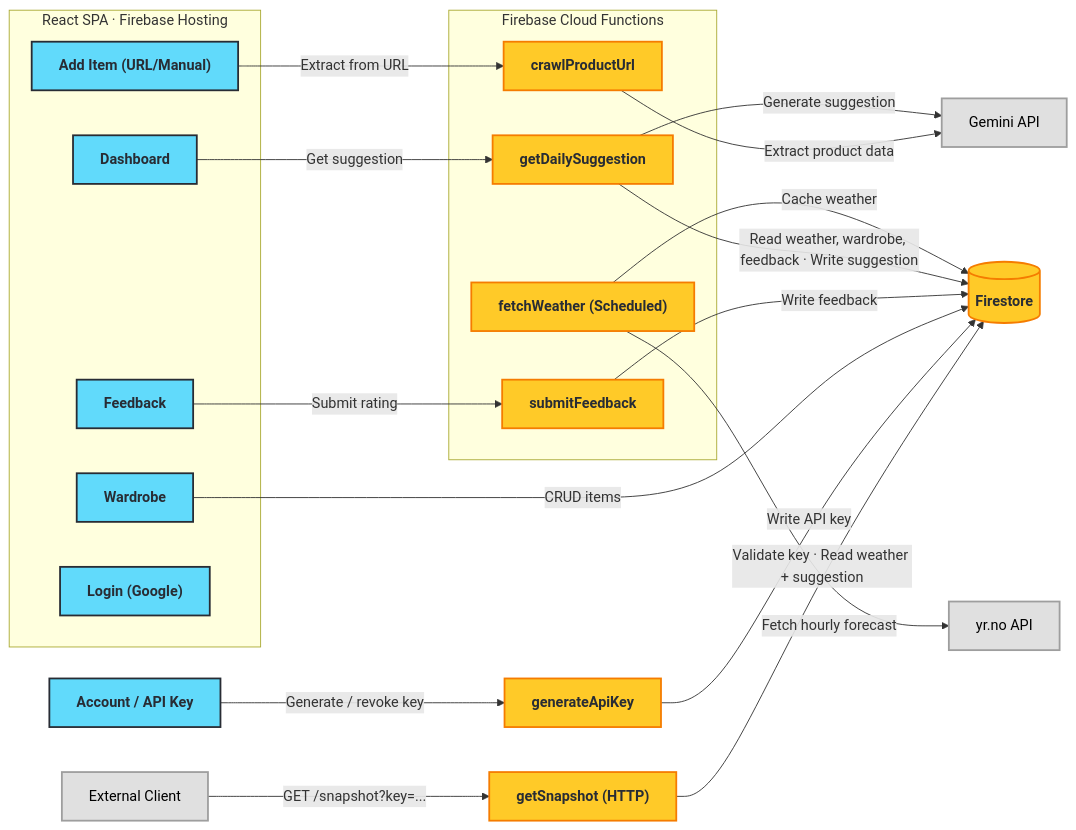
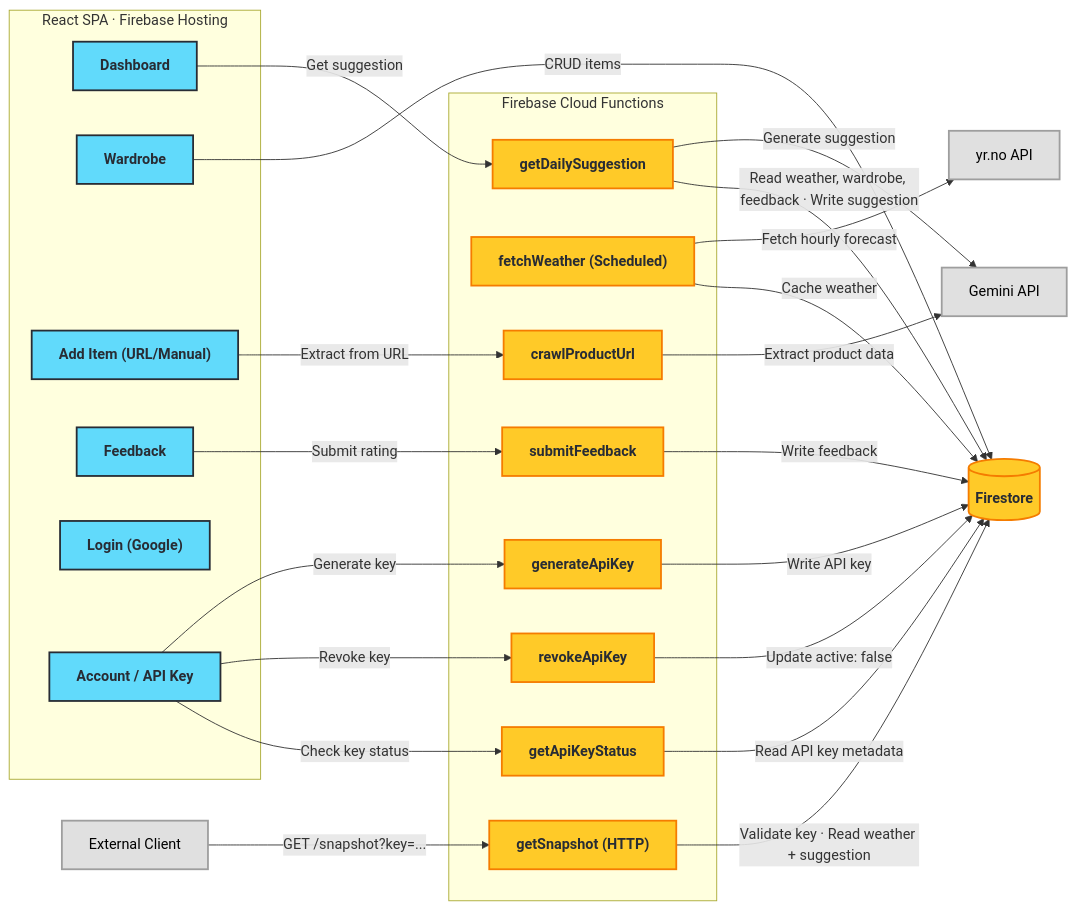
One commit to ashenr/weather-wear changed the diagram in docs/SPEC.md. Above: the diagram before and after it, drawn with Mermaid. The commit also changed other lines of this file, not shown here.

Commit message:
feat: SPEC uopdate - add API key management and Firestore security rules to enhance data protection

````diff
--- a/docs/SPEC.md
+++ b/docs/SPEC.md
@@ -42,54 +42,60 @@
 ```mermaid
 graph LR
     %% Styling
     classDef react fill:#61dafb,stroke:#282c34,stroke-width:2px,color:#282c34,font-weight:bold
     classDef firebase fill:#ffca28,stroke:#f57c00,stroke-width:2px,color:#282c34,font-weight:bold
     classDef external fill:#e0e0e0,stroke:#9e9e9e,stroke-width:2px,color:#000
 
     %% React SPA
     subgraph SPA["React SPA · Firebase Hosting"]
         DB[Dashboard]:::react
         WD[Wardrobe]:::react
         AI["Add Item (URL/Manual)"]:::react
         FB[Feedback]:::react
         LG["Login (Google)"]:::react
+        AK[Account / API Key]:::react
     end
 
     %% Cloud Functions
     subgraph CF[Firebase Cloud Functions]
         GDS[getDailySuggestion]:::firebase
         FW["fetchWeather (Scheduled)"]:::firebase
         CPU[crawlProductUrl]:::firebase
         SF[submitFeedback]:::firebase
+        GAK[generateApiKey]:::firebase
+        RAK[revokeApiKey]:::firebase
+        AKS[getApiKeyStatus]:::firebase
+        SNP["getSnapshot (HTTP)"]:::firebase
     end
 
     %% Storage & Externals
     FS[(Firestore)]:::firebase
     YR[yr.no API]:::external
     GM[Gemini API]:::external
 
-    AK[Account / API Key]:::react
-
     %% SPA → Functions
     DB -->|Get suggestion| GDS
     AI -->|Extract from URL| CPU
     FB -->|Submit rating| SF
-    AK -->|Generate / revoke key| GAK
+    AK -->|Generate key| GAK
+    AK -->|Revoke key| RAK
+    AK -->|Check key status| AKS
 
     %% Public REST
-    EXT["External Client"]:::external -->|"GET /snapshot?key=..."|SNP
-    SNP["getSnapshot (HTTP)"]:::firebase
+    EXT["External Client"]:::external -->|"GET /snapshot?key=..."| SNP
 
     %% Functions → External APIs
     FW -->|Fetch hourly forecast| YR
     GDS -->|Generate suggestion| GM
     CPU -->|Extract product data| GM
 
     %% Functions → Firestore
     FW -->|Cache weather| FS
     GDS -->|Read weather, wardrobe, feedback · Write suggestion| FS
     SF -->|Write feedback| FS
     WD -->|CRUD items| FS
-    GAK[generateApiKey]:::firebase -->|Write API key| FS
+    GAK -->|Write API key| FS
+    RAK -->|Update active: false| FS
+    AKS -->|Read API key metadata| FS
     SNP -->|Validate key · Read weather + suggestion| FS
 ```
````
